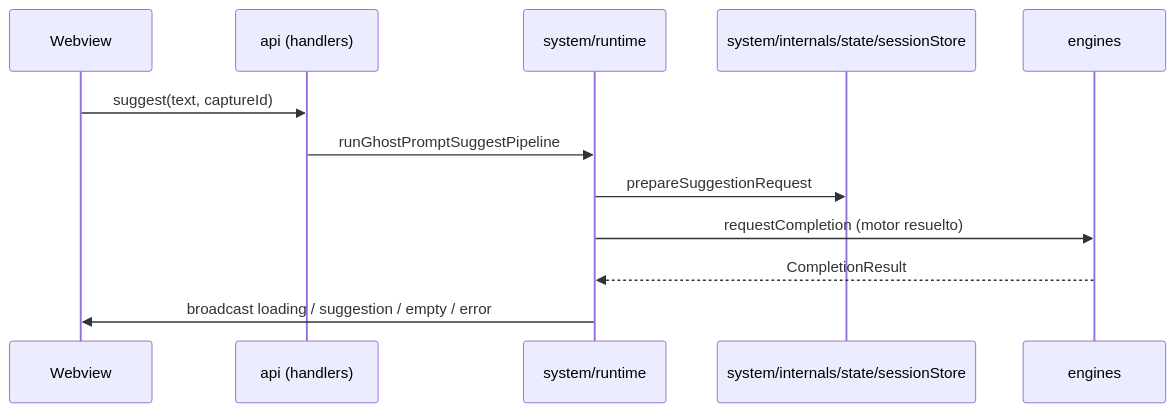
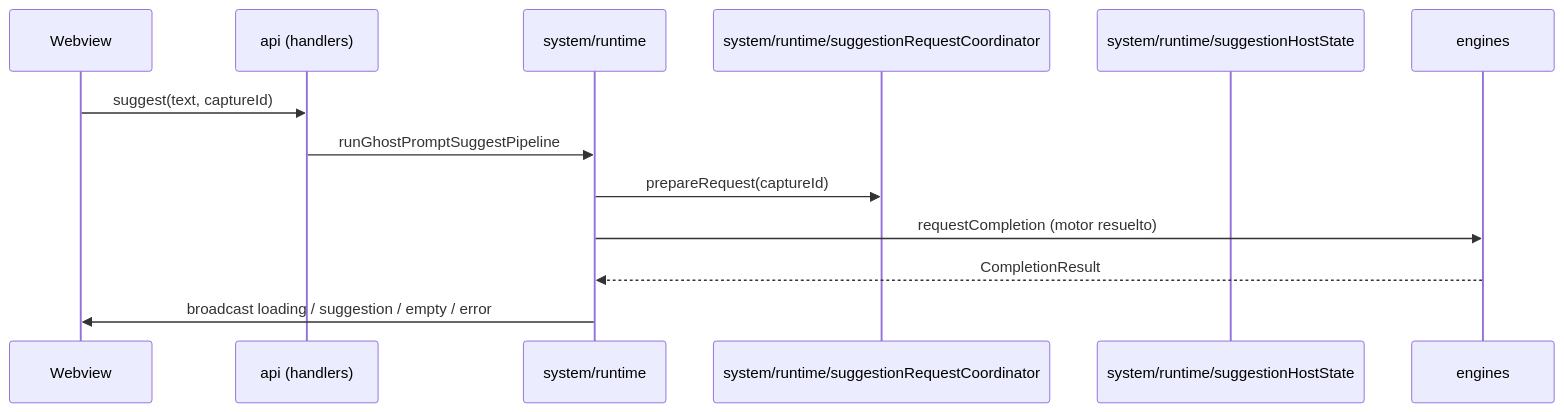
Before and after one commit to jaminsmoke/GhostPrompt: the diagram in src/sugcore/README.md, drawn with Mermaid. The commit also changed other lines of this file and 139 other files, not shown here.

````diff
--- a/src/sugcore/README.md
+++ b/src/sugcore/README.md
@@ -40,14 +40,15 @@
 ```mermaid
 sequenceDiagram
   participant W as Webview
   participant A as api (handlers)
   participant P as system/runtime
-  participant S as system/internals/state/sessionStore
+  participant C as system/runtime/suggestionRequestCoordinator
+  participant H as system/runtime/suggestionHostState
   participant E as engines
   W->>A: suggest(text, captureId)
   A->>P: runGhostPromptSuggestPipeline
-  P->>S: prepareSuggestionRequest
+  P->>C: prepareRequest(captureId)
   P->>E: requestCompletion (motor resuelto)
   E-->>P: CompletionResult
   P->>W: broadcast loading / suggestion / empty / error
 ```
````
